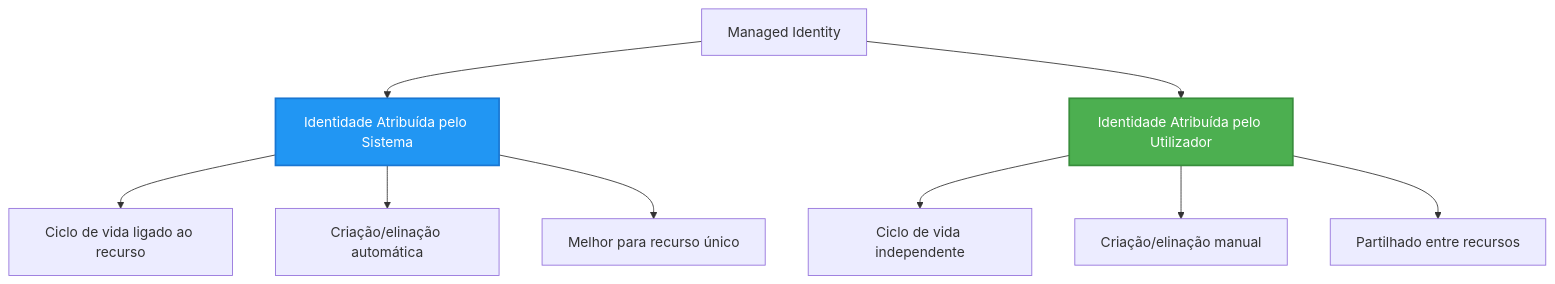
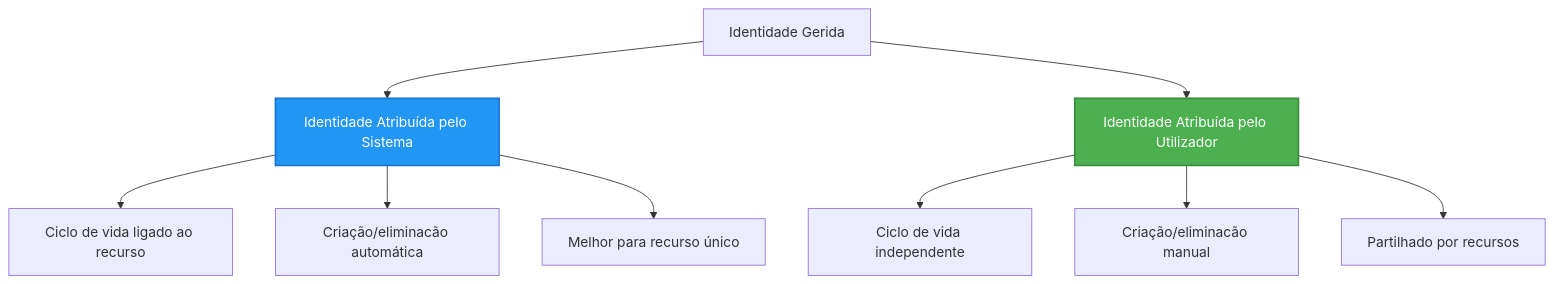
Before and after one commit to microsoft/AZD-for-beginners: the second of 2 diagrams in translations/pt-PT/docs/chapter-03-configuration/authsecurity.md, drawn with Mermaid. The commit also changed other lines of this file and 104 other files, not shown here.

````diff
--- a/translations/pt-PT/docs/chapter-03-configuration/authsecurity.md
+++ b/translations/pt-PT/docs/chapter-03-configuration/authsecurity.md
@@ -97,20 +98,20 @@
 ```mermaid
 graph TB
-    MI[Managed Identity]
+    MI[Identidade Gerida]
     SystemAssigned[Identidade Atribuída pelo Sistema]
     UserAssigned[Identidade Atribuída pelo Utilizador]
     
     MI --> SystemAssigned
     MI --> UserAssigned
     
     SystemAssigned --> SA1[Ciclo de vida ligado ao recurso]
-    SystemAssigned --> SA2[Criação/elinação automática]
+    SystemAssigned --> SA2[Criação/eliminacão automática]
     SystemAssigned --> SA3[Melhor para recurso único]
     
     UserAssigned --> UA1[Ciclo de vida independente]
-    UserAssigned --> UA2[Criação/elinação manual]
-    UserAssigned --> UA3[Partilhado entre recursos]
+    UserAssigned --> UA2[Criação/eliminacão manual]
+    UserAssigned --> UA3[Partilhado por recursos]
     
     style SystemAssigned fill:#2196F3,stroke:#1976D2,stroke-width:2px,color:#fff
     style UserAssigned fill:#4CAF50,stroke:#388E3C,stroke-width:2px,color:#fff
 ```
````
